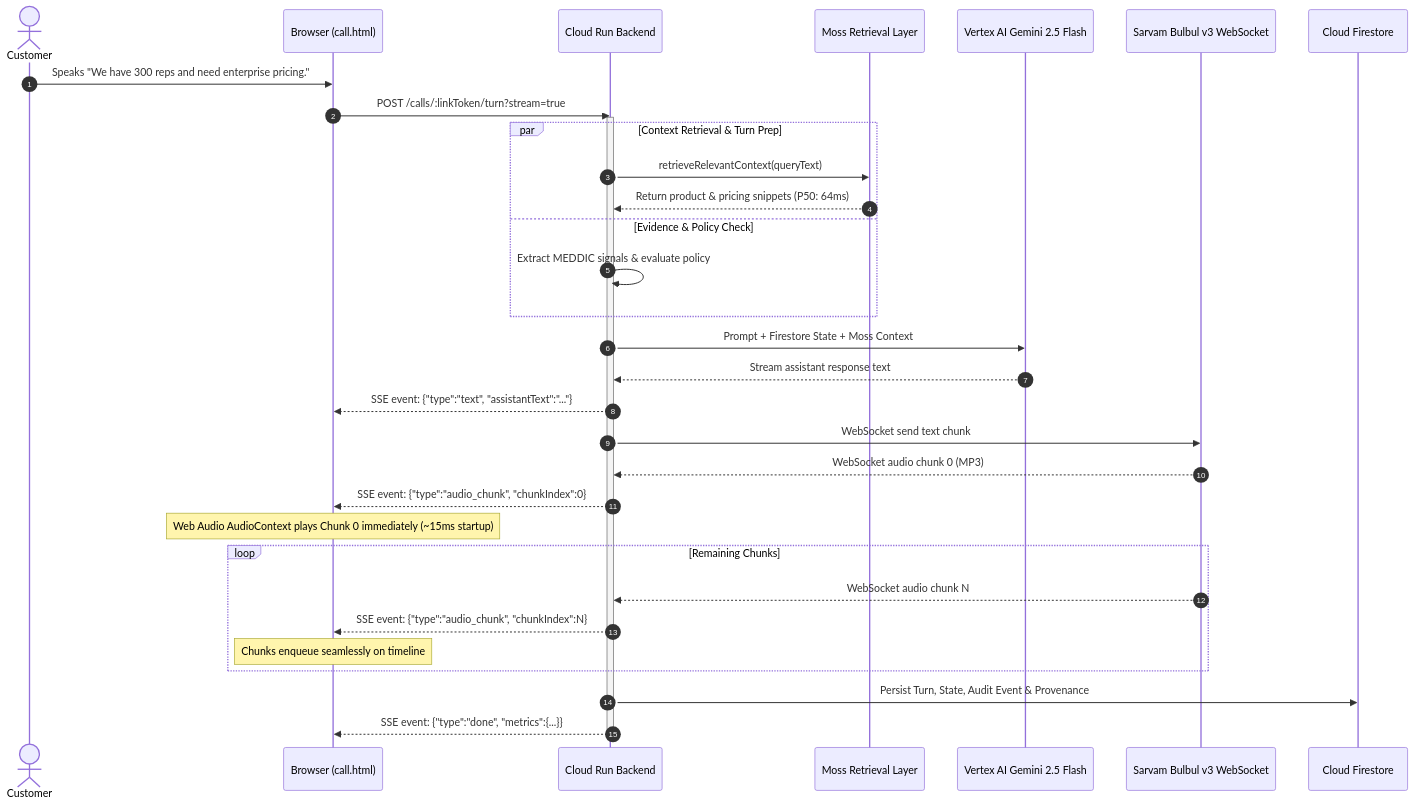
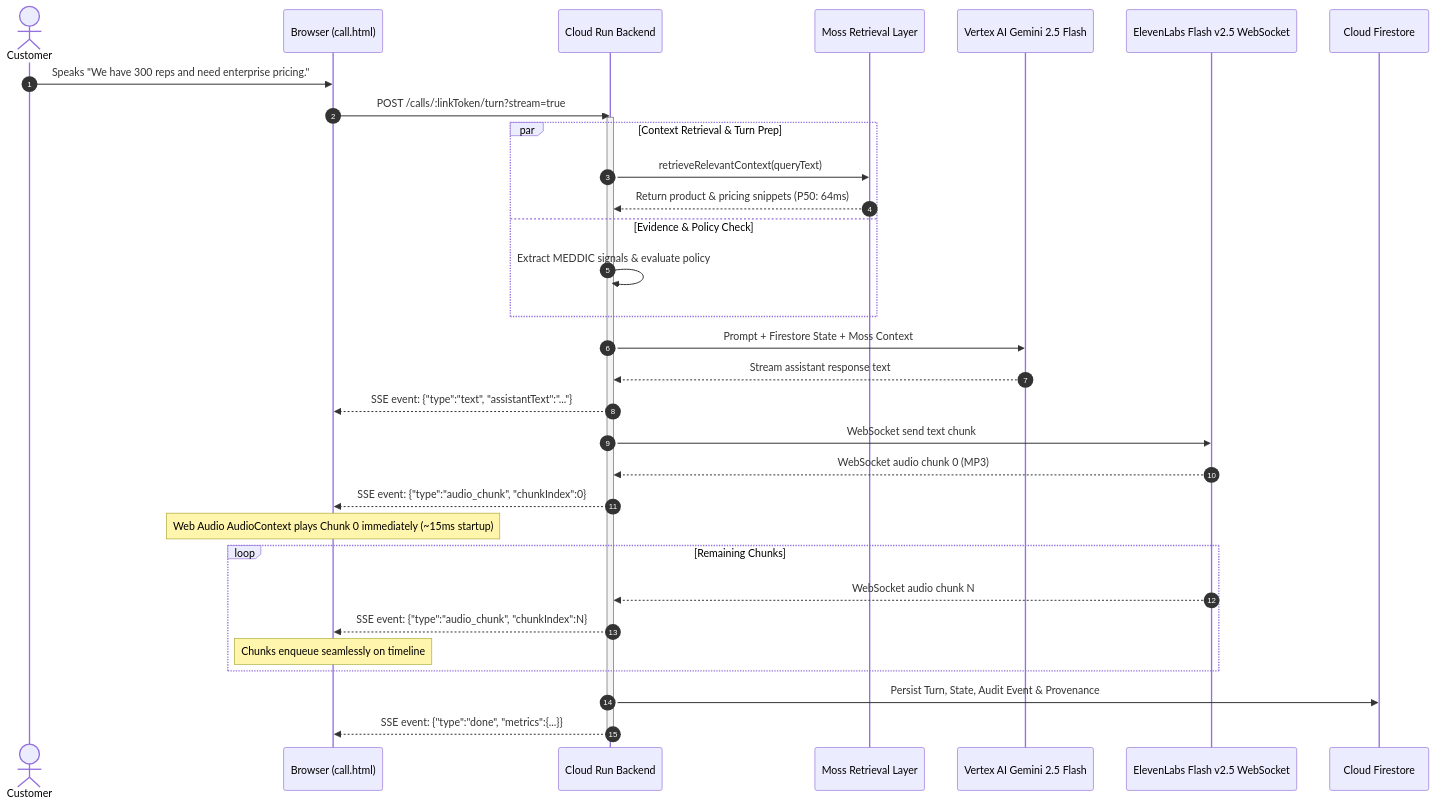
One commit to Dineshkumar2006471/DealForge changed the second of 3 diagrams in README.md. Above: the diagram before and after it, drawn with Mermaid. The commit also changed other lines of this file and 5 other files, not shown here.

Commit message:
chore: fix CI lint errors and update documentation to ElevenLabs Flash v2.5

````diff
--- a/README.md
+++ b/README.md
@@ -123,42 +123,42 @@
 ```mermaid
 sequenceDiagram
   autonumber
   actor Customer as Customer
   participant Browser as Browser (call.html)
   participant CloudRun as Cloud Run Backend
   participant Moss as Moss Retrieval Layer
   participant Gemini as Vertex AI Gemini 2.5 Flash
-  participant Sarvam as Sarvam Bulbul v3 WebSocket
+  participant ElevenLabs as ElevenLabs Flash v2.5 WebSocket
   participant Firestore as Cloud Firestore
 
   Customer->>Browser: Speaks "We have 300 reps and need enterprise pricing."
   Browser->>CloudRun: POST /calls/:linkToken/turn?stream=true
   activate CloudRun
 
   par Context Retrieval & Turn Prep
     CloudRun->>Moss: retrieveRelevantContext(queryText)
     Moss-->>CloudRun: Return product & pricing snippets (P50: 64ms)
   and Evidence & Policy Check
     CloudRun->>CloudRun: Extract MEDDIC signals & evaluate policy
   end
 
   CloudRun->>Gemini: Prompt + Firestore State + Moss Context
   Gemini-->>CloudRun: Stream assistant response text
   CloudRun-->>Browser: SSE event: {"type":"text", "assistantText":"..."}
 
-  CloudRun->>Sarvam: WebSocket send text chunk
-  Sarvam-->>CloudRun: WebSocket audio chunk 0 (MP3)
+  CloudRun->>ElevenLabs: WebSocket send text chunk
+  ElevenLabs-->>CloudRun: WebSocket audio chunk 0 (MP3)
   CloudRun-->>Browser: SSE event: {"type":"audio_chunk", "chunkIndex":0}
   
   Note over Browser: Web Audio AudioContext plays Chunk 0 immediately (~15ms startup)
   
   loop Remaining Chunks
-    Sarvam-->>CloudRun: WebSocket audio chunk N
+    ElevenLabs-->>CloudRun: WebSocket audio chunk N
     CloudRun-->>Browser: SSE event: {"type":"audio_chunk", "chunkIndex":N}
     Note over Browser: Chunks enqueue seamlessly on timeline
   end
 
   CloudRun->>Firestore: Persist Turn, State, Audit Event & Provenance
   CloudRun-->>Browser: SSE event: {"type":"done", "metrics":{...}}
   deactivate CloudRun
 ```
````
